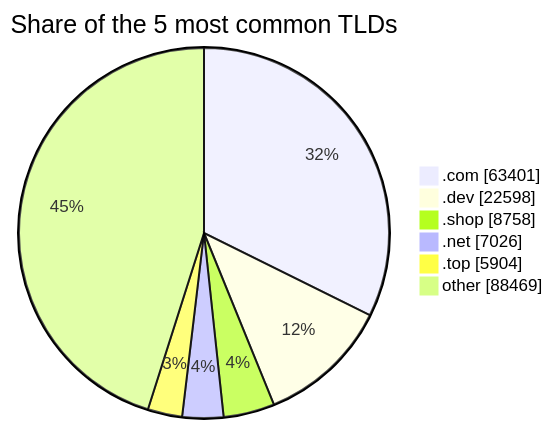
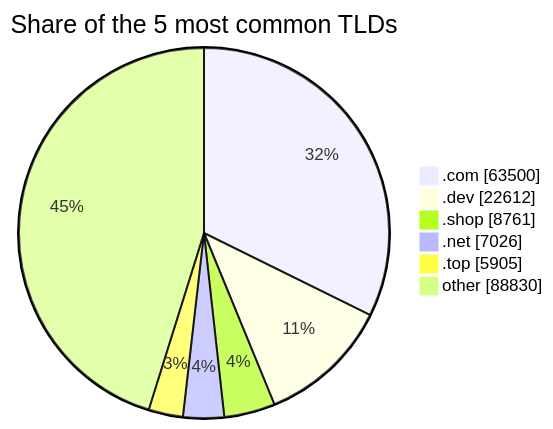
The third of 3 diagrams in README.md (DNSBunker/CTI), drawn with Mermaid before and after one commit. The commit also changed other lines of this file and 3 other files, not shown here.

````diff
--- a/README.md
+++ b/README.md
@@ -81,9 +81,9 @@
 ```mermaid
 pie showData title Share of the 5 most common TLDs
-    ".com" : 63401
-    ".dev" : 22598
-    ".shop" : 8758
+    ".com" : 63500
+    ".dev" : 22612
+    ".shop" : 8761
     ".net" : 7026
-    ".top" : 5904
-    "other" : 88469
+    ".top" : 5905
+    "other" : 88830
 ```
````
